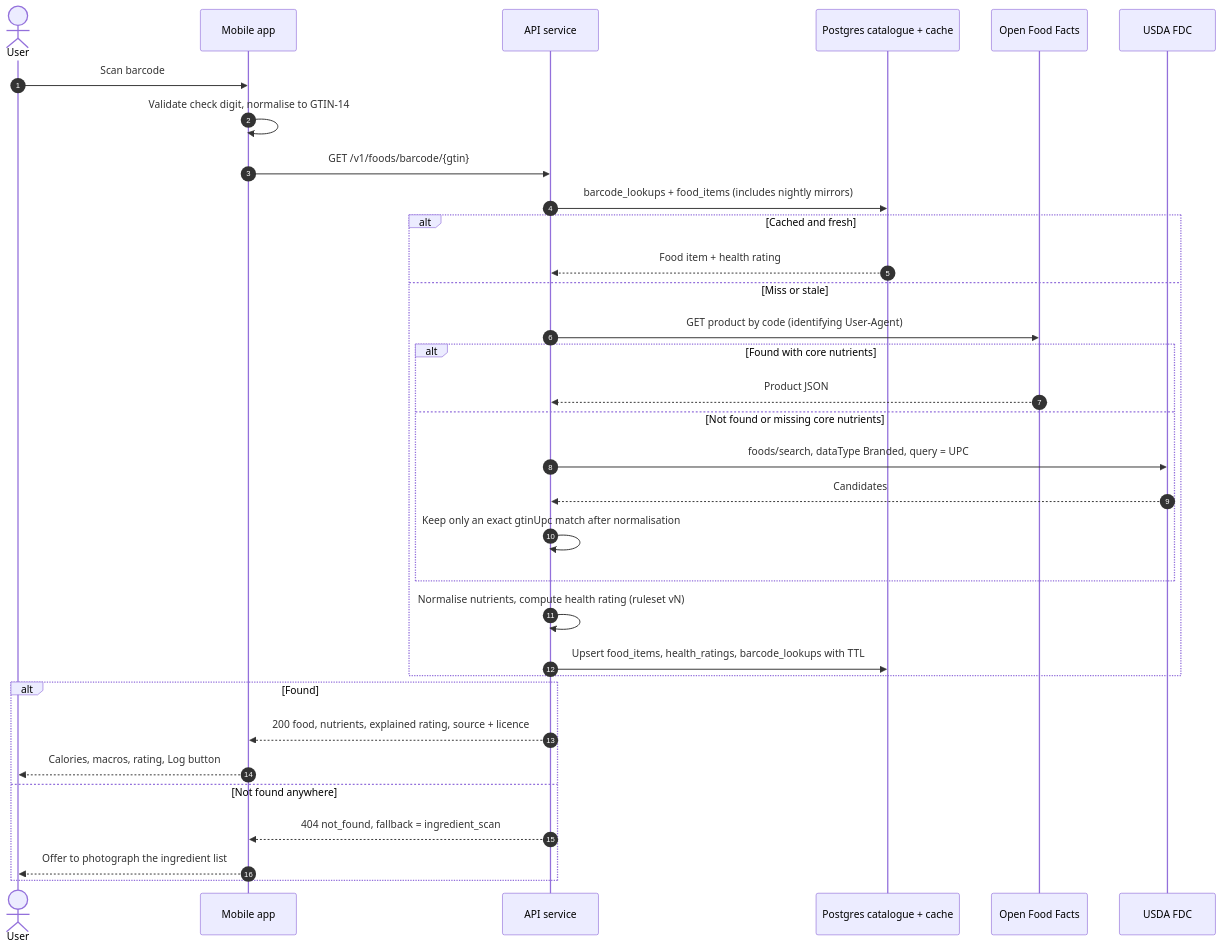
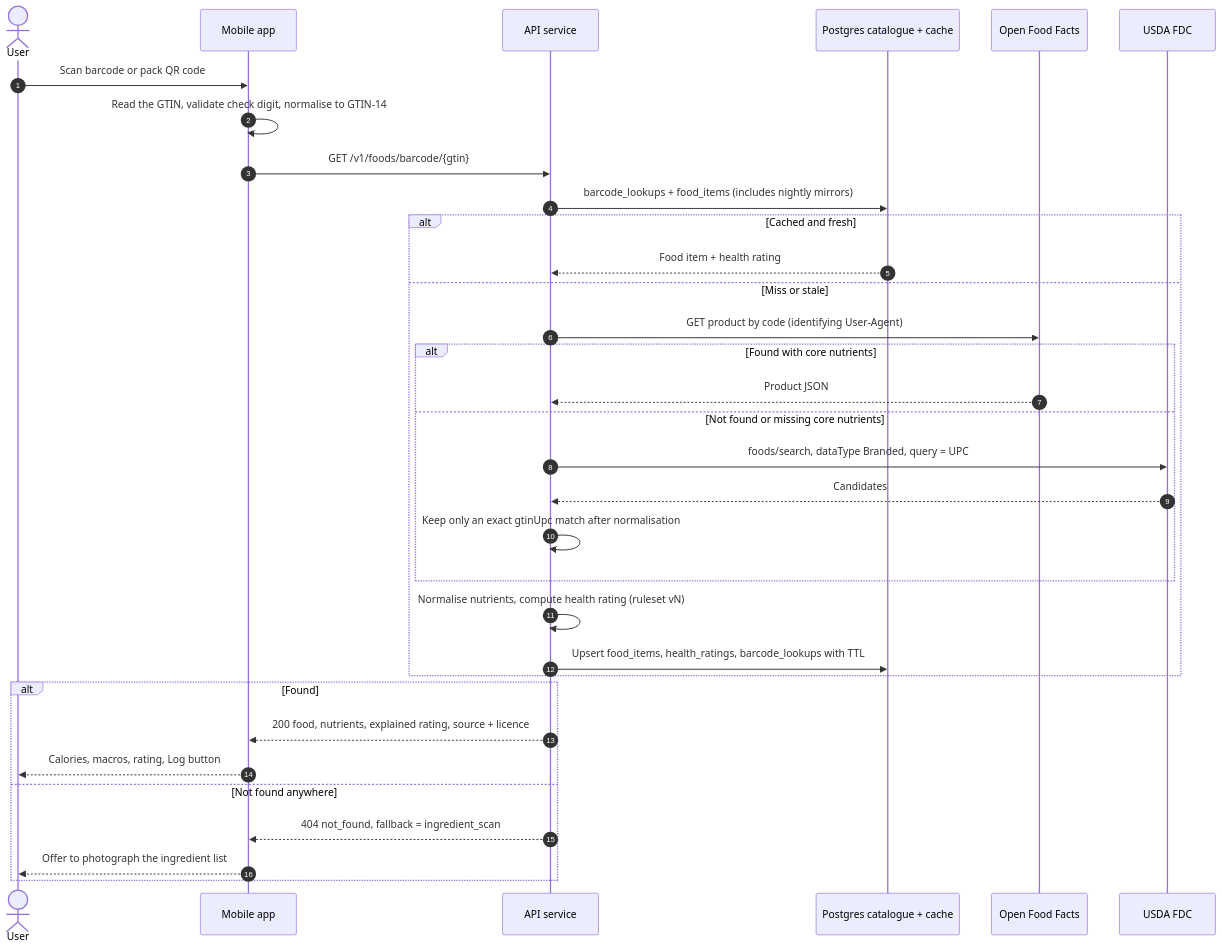
One commit to simonlurie09-a11y/Routine-Sanbox-Test changed the second of 8 diagrams in nutrition-training-companion/docs/03-architecture.md. Above: the diagram before and after it, drawn with Mermaid. The commit also changed other lines of this file and 11 other files, not shown here.

````diff
--- a/nutrition-training-companion/docs/03-architecture.md
+++ b/nutrition-training-companion/docs/03-architecture.md
@@ -90,35 +90,35 @@
 ```mermaid
 sequenceDiagram
   autonumber
   actor U as User
   participant App as Mobile app
   participant API as API service
   participant DB as Postgres catalogue + cache
   participant OpenFF as Open Food Facts
   participant FDC as USDA FDC
-  U->>App: Scan barcode
-  App->>App: Validate check digit, normalise to GTIN-14
+  U->>App: Scan barcode or pack QR code
+  App->>App: Read the GTIN, validate check digit, normalise to GTIN-14
   App->>API: GET /v1/foods/barcode/{gtin}
   API->>DB: barcode_lookups + food_items (includes nightly mirrors)
   alt Cached and fresh
     DB-->>API: Food item + health rating
   else Miss or stale
     API->>OpenFF: GET product by code (identifying User-Agent)
     alt Found with core nutrients
       OpenFF-->>API: Product JSON
     else Not found or missing core nutrients
       API->>FDC: foods/search, dataType Branded, query = UPC
       FDC-->>API: Candidates
       API->>API: Keep only an exact gtinUpc match after normalisation
     end
     API->>API: Normalise nutrients, compute health rating (ruleset vN)
     API->>DB: Upsert food_items, health_ratings, barcode_lookups with TTL
   end
   alt Found
     API-->>App: 200 food, nutrients, explained rating, source + licence
     App-->>U: Calories, macros, rating, Log button
   else Not found anywhere
     API-->>App: 404 not_found, fallback = ingredient_scan
     App-->>U: Offer to photograph the ingredient list
   end
 ```
````
